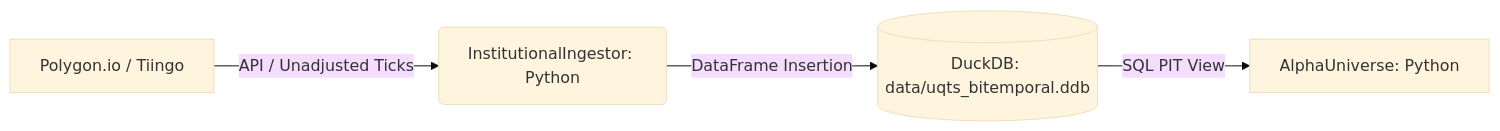
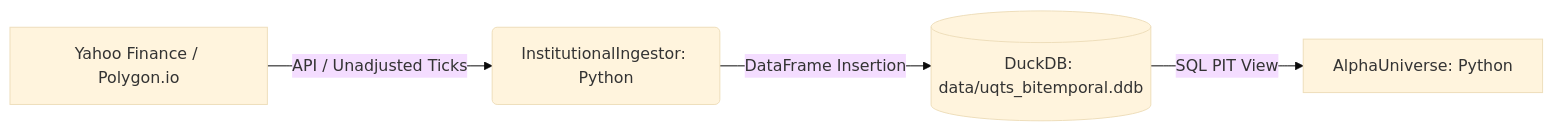
Before and after one commit to abhishek-jana/QTS2026: the first of 3 diagrams in README.md, drawn with Mermaid (base theme). The commit also changed other lines of this file and 3 other files, not shown here.

````diff
--- a/README.md
+++ b/README.md
@@ -10,6 +10,6 @@
 ```mermaid
 graph LR
-    A[Polygon.io / Tiingo] -- API / Unadjusted Ticks --> B(InstitutionalIngestor: Python)
+    A[Yahoo Finance / Polygon.io] -- API / Unadjusted Ticks --> B(InstitutionalIngestor: Python)
     B -- DataFrame Insertion --> C[(DuckDB: data/uqts_bitemporal.ddb)]
     C -- SQL PIT View --> D[AlphaUniverse: Python]
 ```
````
